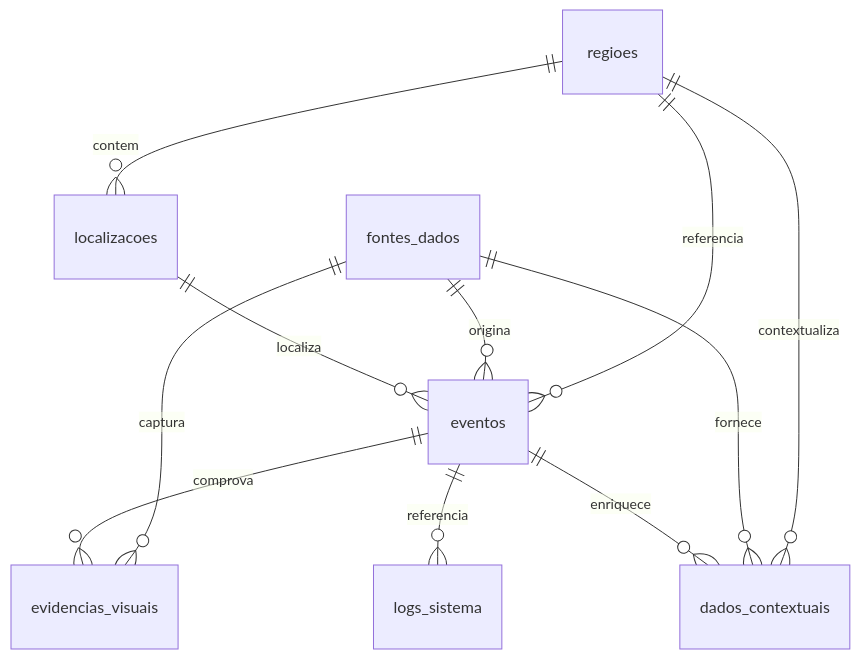
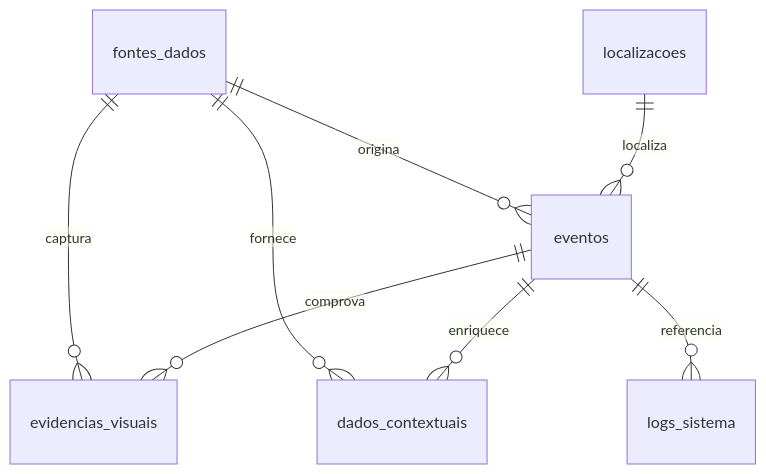
One commit to BrunoStrufaldi/tcc-monitoramento-urbano changed the diagram in docs/banco-de-dados.md. Above: the diagram before and after it, drawn with Mermaid. The commit also changed other lines of this file and 32 other files, not shown here.

````diff
--- a/docs/banco-de-dados.md
+++ b/docs/banco-de-dados.md
@@ -18,13 +18,10 @@
 ```mermaid
 erDiagram
-    regioes ||--o{ localizacoes : contem
-    regioes ||--o{ eventos : referencia
-    regioes ||--o{ dados_contextuais : contextualiza
     fontes_dados ||--o{ eventos : origina
     fontes_dados ||--o{ evidencias_visuais : captura
     fontes_dados ||--o{ dados_contextuais : fornece
     localizacoes ||--o{ eventos : localiza
     eventos ||--o{ evidencias_visuais : comprova
     eventos ||--o{ dados_contextuais : enriquece
     eventos ||--o{ logs_sistema : referencia
 ```
````
